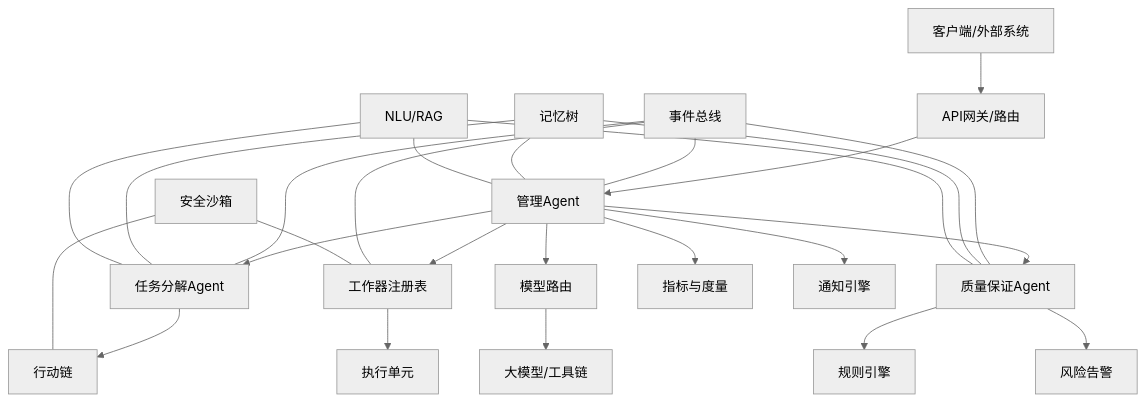
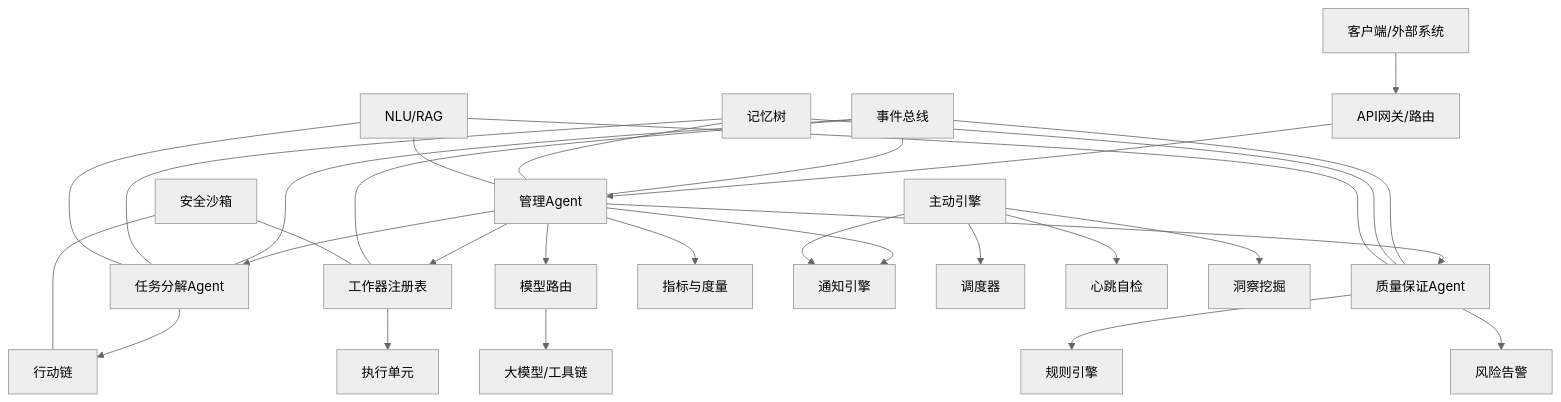
The second of 12 diagrams in .qoder/repowiki/zh/content/系统架构/多Agent架构/多Agent架构.md (angledick/-), drawn with Mermaid (neutral theme) before and after one commit. The commit also changed other lines of this file and 770 other files, not shown here.

````diff
--- a/.qoder/repowiki/zh/content/系统架构/多Agent架构/多Agent架构.md
+++ b/.qoder/repowiki/zh/content/系统架构/多Agent架构/多Agent架构.md
@@ -333,28 +321,32 @@
 ```mermaid
 graph TB
 CLIENT["客户端/外部系统"] --> API["API网关/路由"]
 API --> MANAGER["管理Agent"]
 MANAGER --> DECOMP["任务分解Agent"]
 MANAGER --> QA["质量保证Agent"]
 MANAGER --> WORKERS["工作器注册表"]
 MANAGER --> ROUTER["模型路由"]
 MANAGER --> METRICS["指标与度量"]
 MANAGER --> NOTIF["通知引擎"]
 DECOMP --> ACTIONCHAIN["行动链"]
 QA --> RULE["规则引擎"]
 QA --> RISK["风险告警"]
 ROUTER --> MODELS["大模型/工具链"]
 WORKERS --> EXEC["执行单元"]
 EVENTBUS["事件总线"] --- MANAGER
 EVENTBUS --- DECOMP
 EVENTBUS --- QA
 EVENTBUS --- WORKERS
 MEMTREE["记忆树"] --- MANAGER
 MEMTREE --- DECOMP
 MEMTREE --- QA
 SANDBOX["安全沙箱"] --- ACTIONCHAIN
 SANDBOX --- WORKERS
 NLU["NLU/RAG"] --- MANAGER
 NLU --- DECOMP
 NLU --- QA
+PROACTIVE["主动引擎"] --> SCHED["调度器"]
+PROACTIVE --> HEARTBEAT["心跳自检"]
+PROACTIVE --> INSIGHTS["洞察挖掘"]
+PROACTIVE --> NOTIF
 ```
````
